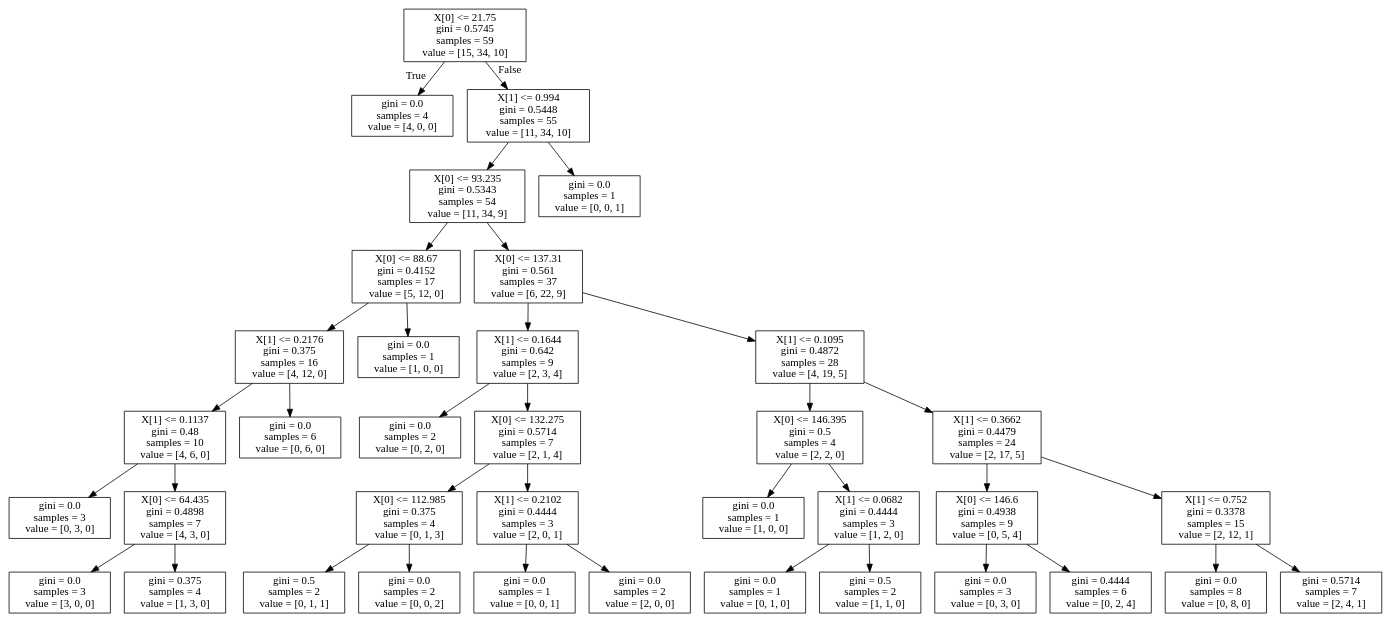
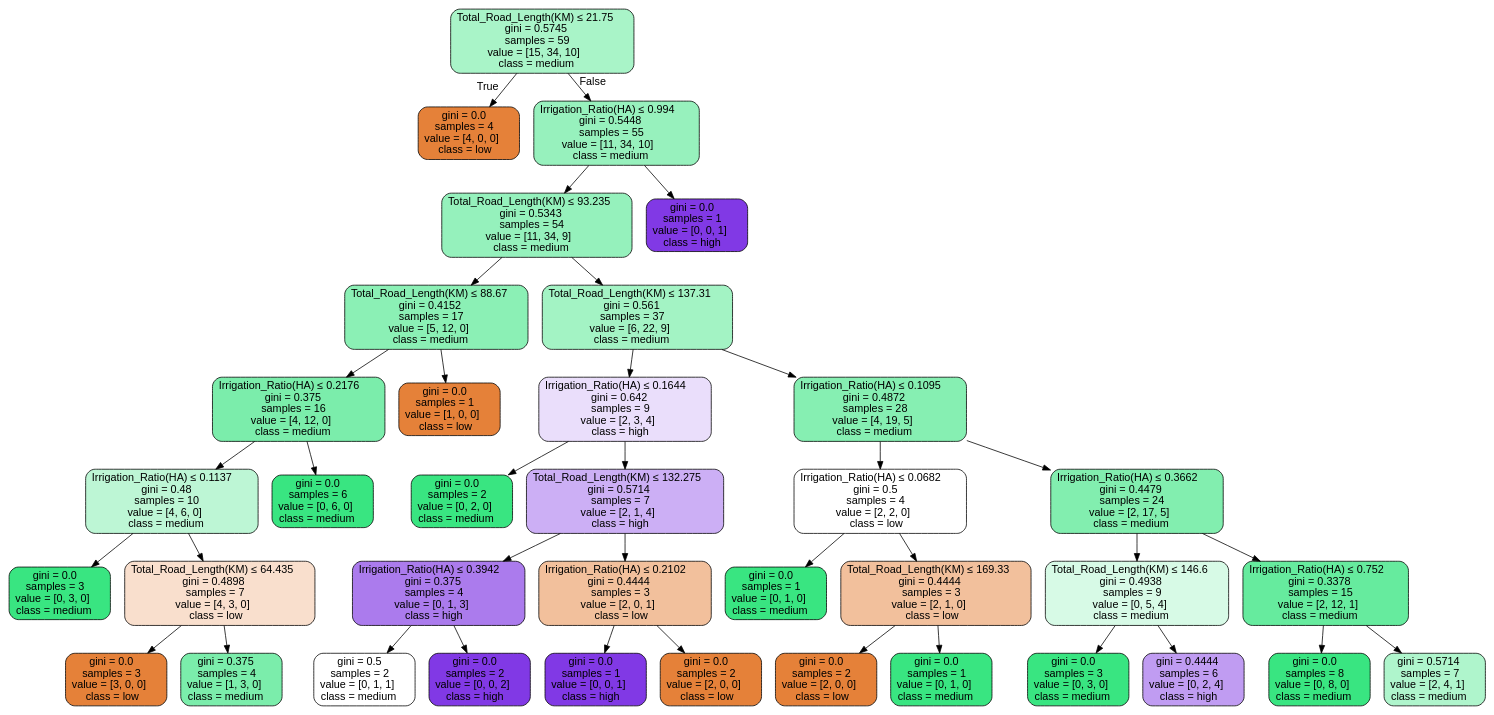
Before and after one commit to bewakes/major-part: the diagram in tree.dot, drawn with Graphviz. The commit also changed 4 other files, not shown here.

```diff
--- a/tree.dot
+++ b/tree.dot
@@ -1,76 +1,77 @@
 digraph Tree {
-node [shape=box] ;
-0 [label="X[0] <= 21.75\ngini = 0.5745\nsamples = 59\nvalue = [15, 34, 10]"] ;
-1 [label="gini = 0.0\nsamples = 4\nvalue = [4, 0, 0]"] ;
+node [shape=box, style="filled, rounded", color="black", fontname=helvetica] ;
+edge [fontname=helvetica] ;
+0 [label=<Total_Road_Length(KM) &le; 21.75<br/>gini = 0.5745<br/>samples = 59<br/>value = [15, 34, 10]<br/>class = medium>, fillcolor="#39e5816e"] ;
+1 [label=<gini = 0.0<br/>samples = 4<br/>value = [4, 0, 0]<br/>class = low>, fillcolor="#e58139ff"] ;
 0 -> 1 [labeldistance=2.5, labelangle=45, headlabel="True"] ;
-2 [label="X[1] <= 0.994\ngini = 0.5448\nsamples = 55\nvalue = [11, 34, 10]"] ;
+2 [label=<Irrigation_Ratio(HA) &le; 0.994<br/>gini = 0.5448<br/>samples = 55<br/>value = [11, 34, 10]<br/>class = medium>, fillcolor="#39e58185"] ;
 0 -> 2 [labeldistance=2.5, labelangle=-45, headlabel="False"] ;
-3 [label="X[0] <= 93.235\ngini = 0.5343\nsamples = 54\nvalue = [11, 34, 9]"] ;
+3 [label=<Total_Road_Length(KM) &le; 93.235<br/>gini = 0.5343<br/>samples = 54<br/>value = [11, 34, 9]<br/>class = medium>, fillcolor="#39e58188"] ;
 2 -> 3 ;
-4 [label="X[0] <= 88.67\ngini = 0.4152\nsamples = 17\nvalue = [5, 12, 0]"] ;
+4 [label=<Total_Road_Length(KM) &le; 88.67<br/>gini = 0.4152<br/>samples = 17<br/>value = [5, 12, 0]<br/>class = medium>, fillcolor="#39e58195"] ;
 3 -> 4 ;
-5 [label="X[1] <= 0.2176\ngini = 0.375\nsamples = 16\nvalue = [4, 12, 0]"] ;
+5 [label=<Irrigation_Ratio(HA) &le; 0.2176<br/>gini = 0.375<br/>samples = 16<br/>value = [4, 12, 0]<br/>class = medium>, fillcolor="#39e581aa"] ;
 4 -> 5 ;
-6 [label="X[1] <= 0.1137\ngini = 0.48\nsamples = 10\nvalue = [4, 6, 0]"] ;
+6 [label=<Irrigation_Ratio(HA) &le; 0.1137<br/>gini = 0.48<br/>samples = 10<br/>value = [4, 6, 0]<br/>class = medium>, fillcolor="#39e58155"] ;
 5 -> 6 ;
-7 [label="gini = 0.0\nsamples = 3\nvalue = [0, 3, 0]"] ;
+7 [label=<gini = 0.0<br/>samples = 3<br/>value = [0, 3, 0]<br/>class = medium>, fillcolor="#39e581ff"] ;
 6 -> 7 ;
-8 [label="X[0] <= 64.435\ngini = 0.4898\nsamples = 7\nvalue = [4, 3, 0]"] ;
+8 [label=<Total_Road_Length(KM) &le; 64.435<br/>gini = 0.4898<br/>samples = 7<br/>value = [4, 3, 0]<br/>class = low>, fillcolor="#e5813940"] ;
 6 -> 8 ;
-9 [label="gini = 0.0\nsamples = 3\nvalue = [3, 0, 0]"] ;
+9 [label=<gini = 0.0<br/>samples = 3<br/>value = [3, 0, 0]<br/>class = low>, fillcolor="#e58139ff"] ;
 8 -> 9 ;
-10 [label="gini = 0.375\nsamples = 4\nvalue = [1, 3, 0]"] ;
+10 [label=<gini = 0.375<br/>samples = 4<br/>value = [1, 3, 0]<br/>class = medium>, fillcolor="#39e581aa"] ;
 8 -> 10 ;
-11 [label="gini = 0.0\nsamples = 6\nvalue = [0, 6, 0]"] ;
+11 [label=<gini = 0.0<br/>samples = 6<br/>value = [0, 6, 0]<br/>class = medium>, fillcolor="#39e581ff"] ;
 5 -> 11 ;
-12 [label="gini = 0.0\nsamples = 1\nvalue = [1, 0, 0]"] ;
+12 [label=<gini = 0.0<br/>samples = 1<br/>value = [1, 0, 0]<br/>class = low>, fillcolor="#e58139ff"] ;
 4 -> 12 ;
-13 [label="X[0] <= 137.31\ngini = 0.561\nsamples = 37\nvalue = [6, 22, 9]"] ;
+13 [label=<Total_Road_Length(KM) &le; 137.31<br/>gini = 0.561<br/>samples = 37<br/>value = [6, 22, 9]<br/>class = medium>, fillcolor="#39e58176"] ;
 3 -> 13 ;
-14 [label="X[1] <= 0.1644\ngini = 0.642\nsamples = 9\nvalue = [2, 3, 4]"] ;
+14 [label=<Irrigation_Ratio(HA) &le; 0.1644<br/>gini = 0.642<br/>samples = 9<br/>value = [2, 3, 4]<br/>class = high>, fillcolor="#8139e52a"] ;
 13 -> 14 ;
-15 [label="gini = 0.0\nsamples = 2\nvalue = [0, 2, 0]"] ;
+15 [label=<gini = 0.0<br/>samples = 2<br/>value = [0, 2, 0]<br/>class = medium>, fillcolor="#39e581ff"] ;
 14 -> 15 ;
-16 [label="X[0] <= 132.275\ngini = 0.5714\nsamples = 7\nvalue = [2, 1, 4]"] ;
+16 [label=<Total_Road_Length(KM) &le; 132.275<br/>gini = 0.5714<br/>samples = 7<br/>value = [2, 1, 4]<br/>class = high>, fillcolor="#8139e566"] ;
 14 -> 16 ;
-17 [label="X[0] <= 112.985\ngini = 0.375\nsamples = 4\nvalue = [0, 1, 3]"] ;
+17 [label=<Irrigation_Ratio(HA) &le; 0.3942<br/>gini = 0.375<br/>samples = 4<br/>value = [0, 1, 3]<br/>class = high>, fillcolor="#8139e5aa"] ;
 16 -> 17 ;
-18 [label="gini = 0.5\nsamples = 2\nvalue = [0, 1, 1]"] ;
+18 [label=<gini = 0.5<br/>samples = 2<br/>value = [0, 1, 1]<br/>class = medium>, fillcolor="#39e58100"] ;
 17 -> 18 ;
-19 [label="gini = 0.0\nsamples = 2\nvalue = [0, 0, 2]"] ;
+19 [label=<gini = 0.0<br/>samples = 2<br/>value = [0, 0, 2]<br/>class = high>, fillcolor="#8139e5ff"] ;
 17 -> 19 ;
-20 [label="X[1] <= 0.2102\ngini = 0.4444\nsamples = 3\nvalue = [2, 0, 1]"] ;
+20 [label=<Irrigation_Ratio(HA) &le; 0.2102<br/>gini = 0.4444<br/>samples = 3<br/>value = [2, 0, 1]<br/>class = low>, fillcolor="#e581397f"] ;
 16 -> 20 ;
-21 [label="gini = 0.0\nsamples = 1\nvalue = [0, 0, 1]"] ;
+21 [label=<gini = 0.0<br/>samples = 1<br/>value = [0, 0, 1]<br/>class = high>, fillcolor="#8139e5ff"] ;
 20 -> 21 ;
-22 [label="gini = 0.0\nsamples = 2\nvalue = [2, 0, 0]"] ;
+22 [label=<gini = 0.0<br/>samples = 2<br/>value = [2, 0, 0]<br/>class = low>, fillcolor="#e58139ff"] ;
 20 -> 22 ;
-23 [label="X[1] <= 0.1095\ngini = 0.4872\nsamples = 28\nvalue = [4, 19, 5]"] ;
+23 [label=<Irrigation_Ratio(HA) &le; 0.1095<br/>gini = 0.4872<br/>samples = 28<br/>value = [4, 19, 5]<br/>class = medium>, fillcolor="#39e5819b"] ;
 13 -> 23 ;
-24 [label="X[0] <= 146.395\ngini = 0.5\nsamples = 4\nvalue = [2, 2, 0]"] ;
+24 [label=<Irrigation_Ratio(HA) &le; 0.0682<br/>gini = 0.5<br/>samples = 4<br/>value = [2, 2, 0]<br/>class = low>, fillcolor="#e5813900"] ;
 23 -> 24 ;
-25 [label="gini = 0.0\nsamples = 1\nvalue = [1, 0, 0]"] ;
+25 [label=<gini = 0.0<br/>samples = 1<br/>value = [0, 1, 0]<br/>class = medium>, fillcolor="#39e581ff"] ;
 24 -> 25 ;
-26 [label="X[1] <= 0.0682\ngini = 0.4444\nsamples = 3\nvalue = [1, 2, 0]"] ;
+26 [label=<Total_Road_Length(KM) &le; 169.33<br/>gini = 0.4444<br/>samples = 3<br/>value = [2, 1, 0]<br/>class = low>, fillcolor="#e581397f"] ;
 24 -> 26 ;
-27 [label="gini = 0.0\nsamples = 1\nvalue = [0, 1, 0]"] ;
+27 [label=<gini = 0.0<br/>samples = 2<br/>value = [2, 0, 0]<br/>class = low>, fillcolor="#e58139ff"] ;
 26 -> 27 ;
-28 [label="gini = 0.5\nsamples = 2\nvalue = [1, 1, 0]"] ;
+28 [label=<gini = 0.0<br/>samples = 1<br/>value = [0, 1, 0]<br/>class = medium>, fillcolor="#39e581ff"] ;
 26 -> 28 ;
-29 [label="X[1] <= 0.3662\ngini = 0.4479\nsamples = 24\nvalue = [2, 17, 5]"] ;
+29 [label=<Irrigation_Ratio(HA) &le; 0.3662<br/>gini = 0.4479<br/>samples = 24<br/>value = [2, 17, 5]<br/>class = medium>, fillcolor="#39e581a1"] ;
 23 -> 29 ;
-30 [label="X[0] <= 146.6\ngini = 0.4938\nsamples = 9\nvalue = [0, 5, 4]"] ;
+30 [label=<Total_Road_Length(KM) &le; 146.6<br/>gini = 0.4938<br/>samples = 9<br/>value = [0, 5, 4]<br/>class = medium>, fillcolor="#39e58133"] ;
 29 -> 30 ;
-31 [label="gini = 0.0\nsamples = 3\nvalue = [0, 3, 0]"] ;
+31 [label=<gini = 0.0<br/>samples = 3<br/>value = [0, 3, 0]<br/>class = medium>, fillcolor="#39e581ff"] ;
 30 -> 31 ;
-32 [label="gini = 0.4444\nsamples = 6\nvalue = [0, 2, 4]"] ;
+32 [label=<gini = 0.4444<br/>samples = 6<br/>value = [0, 2, 4]<br/>class = high>, fillcolor="#8139e57f"] ;
 30 -> 32 ;
-33 [label="X[1] <= 0.752\ngini = 0.3378\nsamples = 15\nvalue = [2, 12, 1]"] ;
+33 [label=<Irrigation_Ratio(HA) &le; 0.752<br/>gini = 0.3378<br/>samples = 15<br/>value = [2, 12, 1]<br/>class = medium>, fillcolor="#39e581c4"] ;
 29 -> 33 ;
-34 [label="gini = 0.0\nsamples = 8\nvalue = [0, 8, 0]"] ;
+34 [label=<gini = 0.0<br/>samples = 8<br/>value = [0, 8, 0]<br/>class = medium>, fillcolor="#39e581ff"] ;
 33 -> 34 ;
-35 [label="gini = 0.5714\nsamples = 7\nvalue = [2, 4, 1]"] ;
+35 [label=<gini = 0.5714<br/>samples = 7<br/>value = [2, 4, 1]<br/>class = medium>, fillcolor="#39e58166"] ;
 33 -> 35 ;
-36 [label="gini = 0.0\nsamples = 1\nvalue = [0, 0, 1]"] ;
+36 [label=<gini = 0.0<br/>samples = 1<br/>value = [0, 0, 1]<br/>class = high>, fillcolor="#8139e5ff"] ;
 2 -> 36 ;
 }
```
